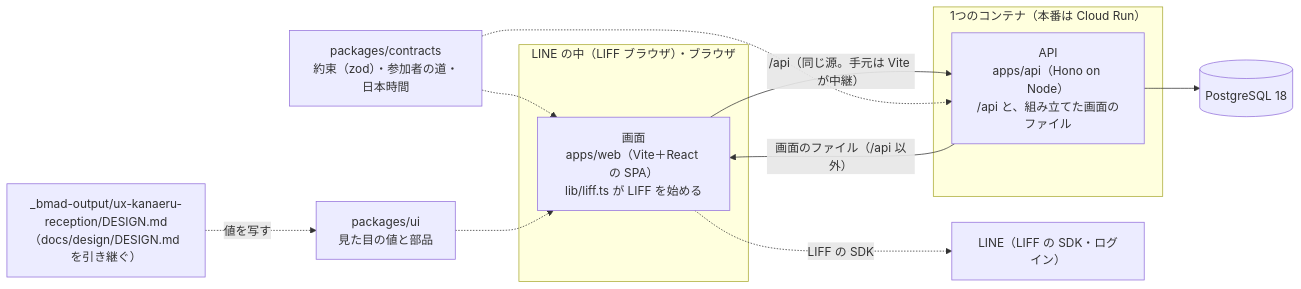
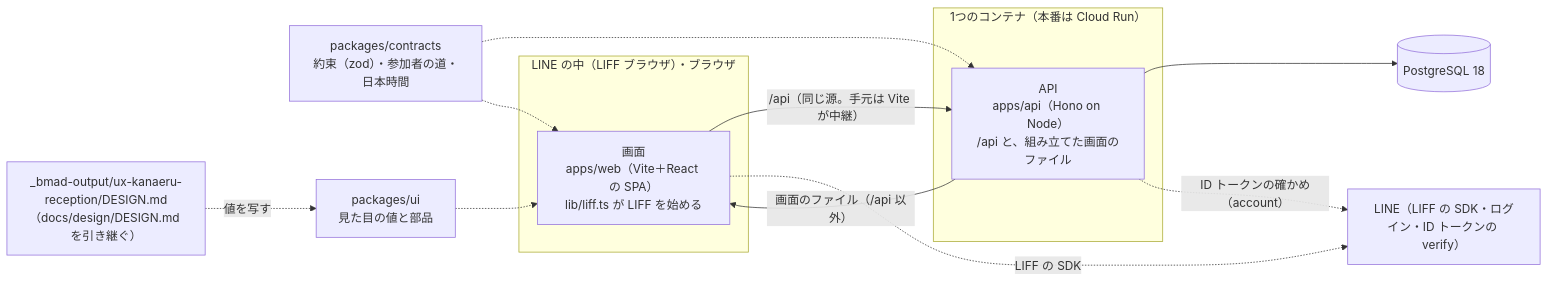
The first of 3 diagrams in docs/architecture.md (takumi-okuya-dev/kanaeru-apps), drawn with Mermaid before and after one commit. The commit also changed other lines of this file and 5 other files, not shown here.

First line of the commit message:
docs(account-001): アカウントの地図を足し、今の形・決まり・決めたことの記録をログインに合わせる

````diff
--- a/docs/architecture.md
+++ b/docs/architecture.md
@@ -9,19 +9,20 @@
 ```mermaid
 flowchart LR
   subgraph browser["LINE の中（LIFF ブラウザ）・ブラウザ"]
     web["画面<br/>apps/web（Vite＋React の SPA）<br/>lib/liff.ts が LIFF を始める"]
   end
   subgraph server["1つのコンテナ（本番は Cloud Run）"]
     api["API<br/>apps/api（Hono on Node）<br/>/api と、組み立てた画面のファイル"]
   end
   db[("PostgreSQL 18")]
-  line["LINE（LIFF の SDK・ログイン）"]
+  line["LINE（LIFF の SDK・ログイン・ID トークンの verify）"]
   api -- "画面のファイル（/api 以外）" --> web
   web -- "/api（同じ源。手元は Vite が中継）" --> api
   web -. "LIFF の SDK" .-> line
   api --> db
+  api -. "ID トークンの確かめ（account）" .-> line
   contracts["packages/contracts<br/>約束（zod）・参加者の道・日本時間"] -.-> api
   contracts -.-> web
   ui["packages/ui<br/>見た目の値と部品"] -.-> web
   design["_bmad-output/ux-kanaeru-reception/DESIGN.md<br/>（docs/design/DESIGN.md を引き継ぐ）"] -. "値を写す" .-> ui
 ```
````
